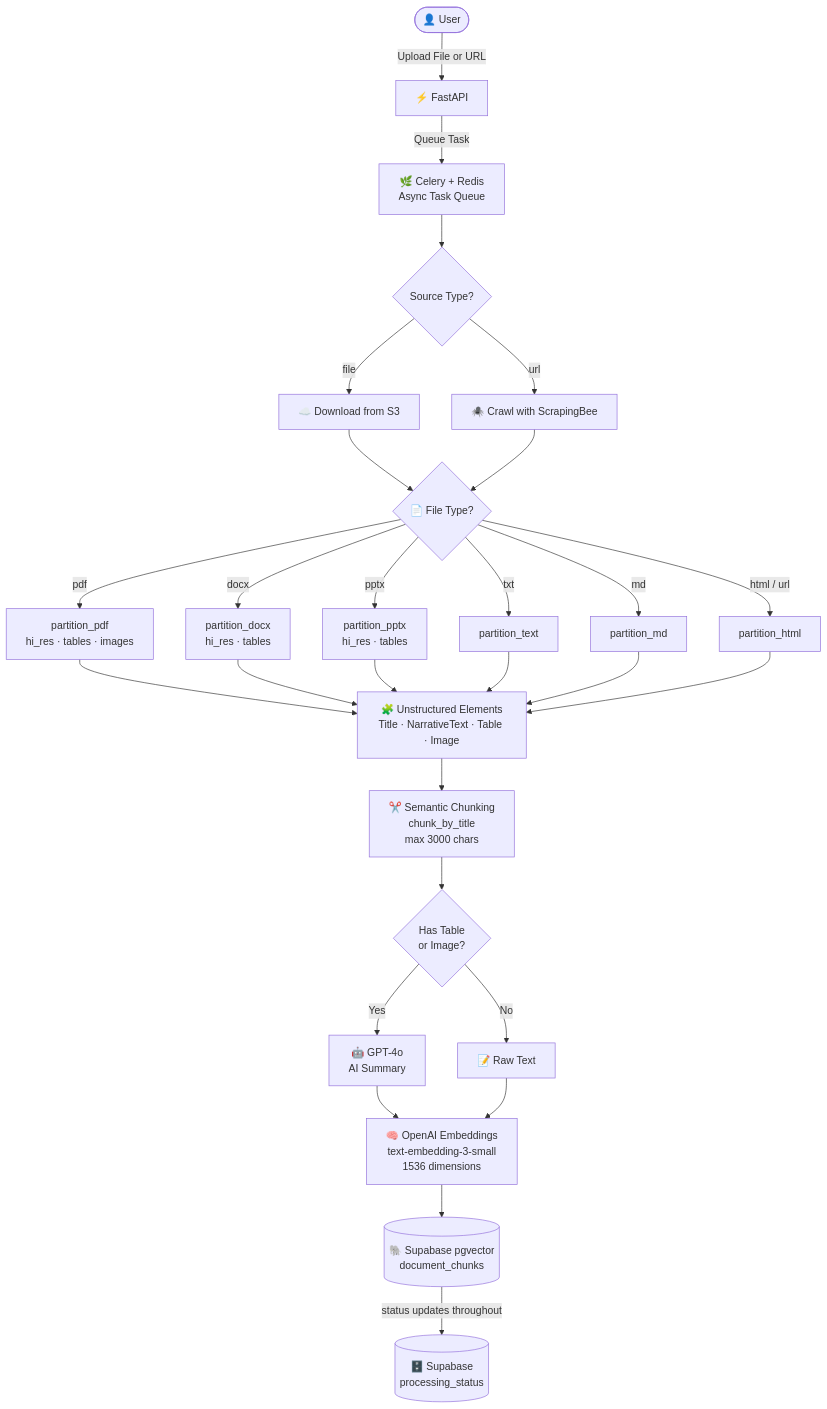
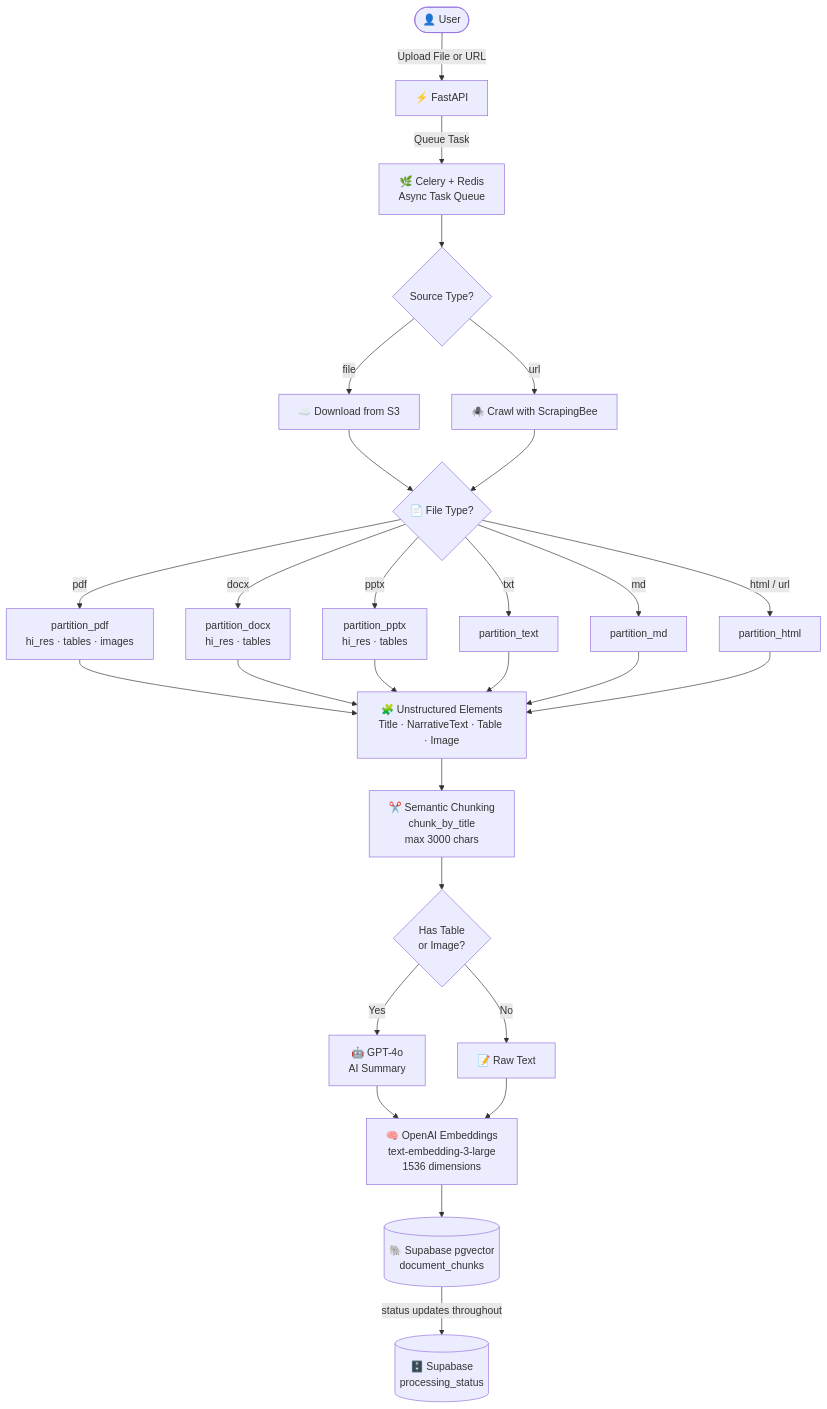
The first of 3 diagrams in README.md (KartikPawade/retriva-rag-system-backend), drawn with Mermaid before and after one commit. The commit also changed other lines of this file, not shown here.

````diff
--- a/README.md
+++ b/README.md
@@ -90,45 +127,45 @@
 ```mermaid
 flowchart TD
 
     USER(["👤 User"]) -->|Upload File or URL| API["⚡ FastAPI"]
 
     API -->|Queue Task| CELERY["🌿 Celery + Redis\nAsync Task Queue"]
 
     CELERY --> ACQUIRE{"Source Type?"}
 
     ACQUIRE -->|file| S3["☁️ Download from S3"]
     ACQUIRE -->|url| CRAWL["🕷️ Crawl with ScrapingBee"]
 
     S3 --> PARTITION{"📄 File Type?"}
     CRAWL --> PARTITION
 
     PARTITION -->|pdf| PDF["partition_pdf\nhi_res · tables · images"]
     PARTITION -->|docx| DOCX["partition_docx\nhi_res · tables"]
     PARTITION -->|pptx| PPTX["partition_pptx\nhi_res · tables"]
     PARTITION -->|txt| TXT["partition_text"]
     PARTITION -->|md| MD["partition_md"]
     PARTITION -->|html / url| HTML["partition_html"]
 
     PDF --> ELEMENTS["🧩 Unstructured Elements\nTitle · NarrativeText · Table · Image"]
     DOCX --> ELEMENTS
     PPTX --> ELEMENTS
     TXT --> ELEMENTS
     MD --> ELEMENTS
     HTML --> ELEMENTS
 
     ELEMENTS --> CHUNK["✂️ Semantic Chunking\nchunk_by_title\nmax 3000 chars"]
 
     CHUNK --> SUMMARIZE{"Has Table\nor Image?"}
 
     SUMMARIZE -->|Yes| AI["🤖 GPT-4o\nAI Summary"]
     SUMMARIZE -->|No| RAW["📝 Raw Text"]
 
     AI --> EMBED
     RAW --> EMBED
 
-    EMBED["🧠 OpenAI Embeddings\ntext-embedding-3-small\n1536 dimensions"]
+    EMBED["🧠 OpenAI Embeddings\ntext-embedding-3-large\n1536 dimensions"]
 
     EMBED --> STORE[("🐘 Supabase pgvector\ndocument_chunks")]
 
     STORE -->|status updates throughout| DB[("🗄️ Supabase\nprocessing_status")]
 ```
````
